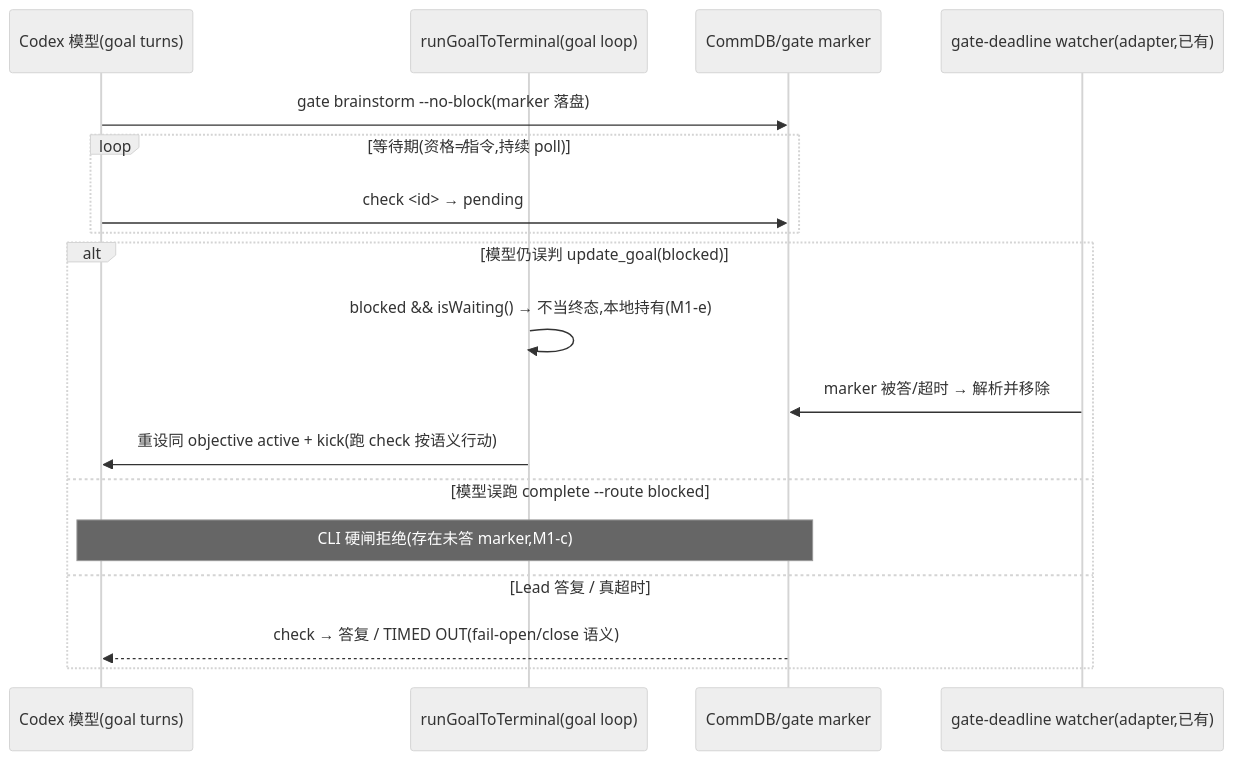
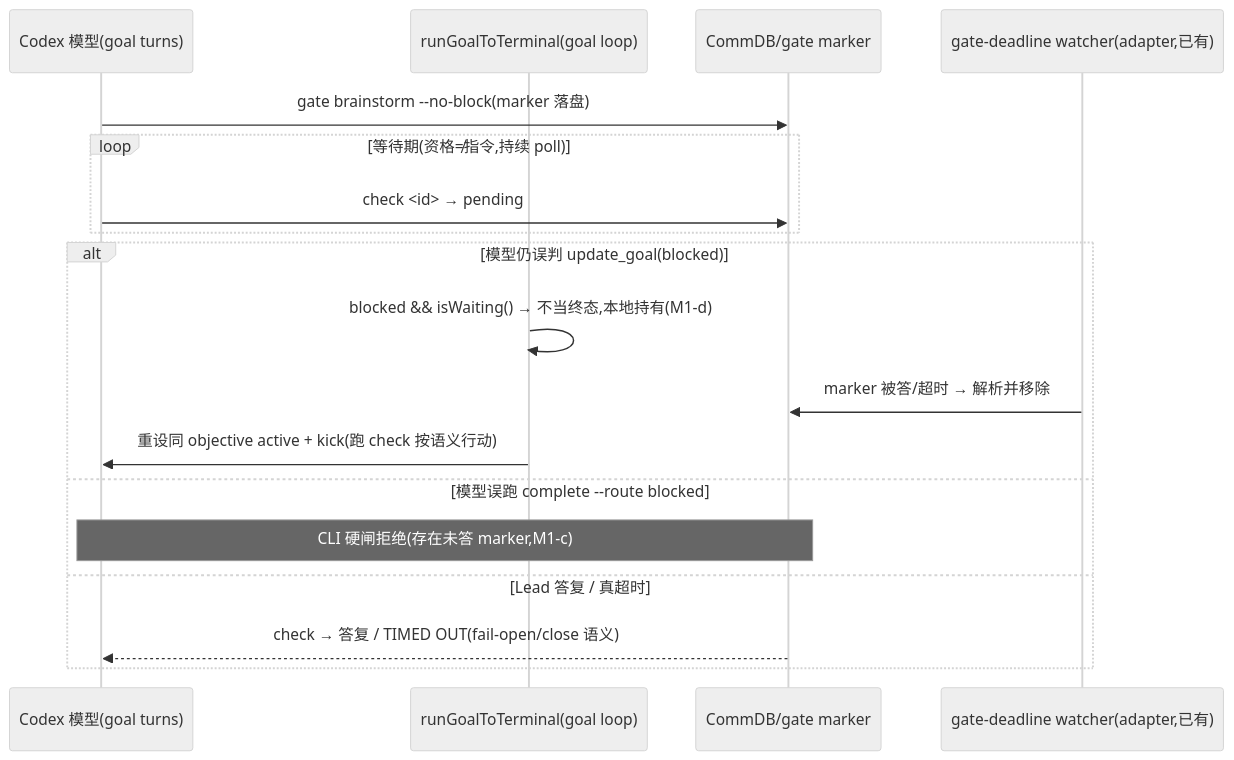
One commit to xrliAnnie/flywheel-qa-sandbox changed the diagram in engineering/doc/FLY-1257-codex-runtime-retry-defects/plan.md. Above: the diagram before and after it, drawn with Mermaid (neutral theme). The commit also changed other lines of this file and 2 other files, not shown here.

````diff
--- a/engineering/doc/FLY-1257-codex-runtime-retry-defects/plan.md
+++ b/engineering/doc/FLY-1257-codex-runtime-retry-defects/plan.md
@@ -30,21 +55,21 @@
 ```mermaid
 sequenceDiagram
     participant M as Codex 模型(goal turns)
     participant L as runGoalToTerminal(goal loop)
     participant DB as CommDB/gate marker
     participant W as gate-deadline watcher(adapter,已有)
 
     M->>DB: gate brainstorm --no-block(marker 落盘)
     loop 等待期(资格≠指令,持续 poll)
         M->>DB: check <id> → pending
     end
     alt 模型仍误判 update_goal(blocked)
-        L->>L: blocked && isWaiting() → 不当终态,本地持有(M1-e)
+        L->>L: blocked && isWaiting() → 不当终态,本地持有(M1-d)
         W->>DB: marker 被答/超时 → 解析并移除
         L->>M: 重设同 objective active + kick(跑 check 按语义行动)
     else 模型误跑 complete --route blocked
         Note over M,DB: CLI 硬闸拒绝(存在未答 marker,M1-c)
     else Lead 答复 / 真超时
         DB-->>M: check → 答复 / TIMED OUT(fail-open/close 语义)
     end
 ```
````
